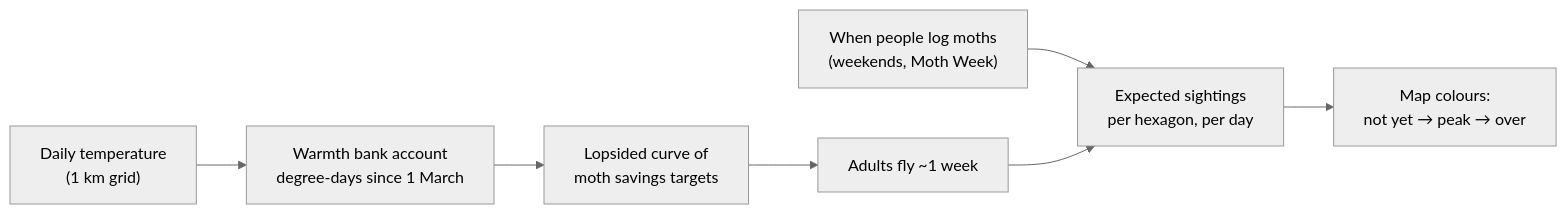
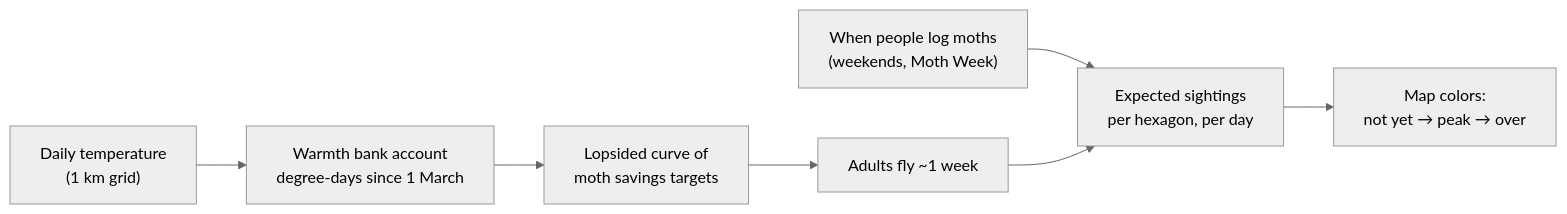
The first of 2 diagrams in README.md (neevliberman/hatch), drawn with Mermaid (neutral theme) before and after one commit. The commit also changed other lines of this file and 2 other files, not shown here.

Commit message:
README review fixes: correct holdout model, licence scope, budget not in CI, plainer wording, US spelling

````diff
--- a/README.md
+++ b/README.md
@@ -33,9 +35,9 @@
 ```mermaid
 flowchart LR
   T["Daily temperature<br/>(1 km grid)"] --> B["Warmth bank account<br/>degree-days since 1 March"]
   B --> C["Lopsided curve of<br/>moth savings targets"]
   C --> F["Adults fly ~1 week"]
   E["When people log moths<br/>(weekends, Moth Week)"] --> S
   F --> S["Expected sightings<br/>per hexagon, per day"]
-  S --> M["Map colours:<br/>not yet → peak → over"]
+  S --> M["Map colors:<br/>not yet → peak → over"]
 ```
````
